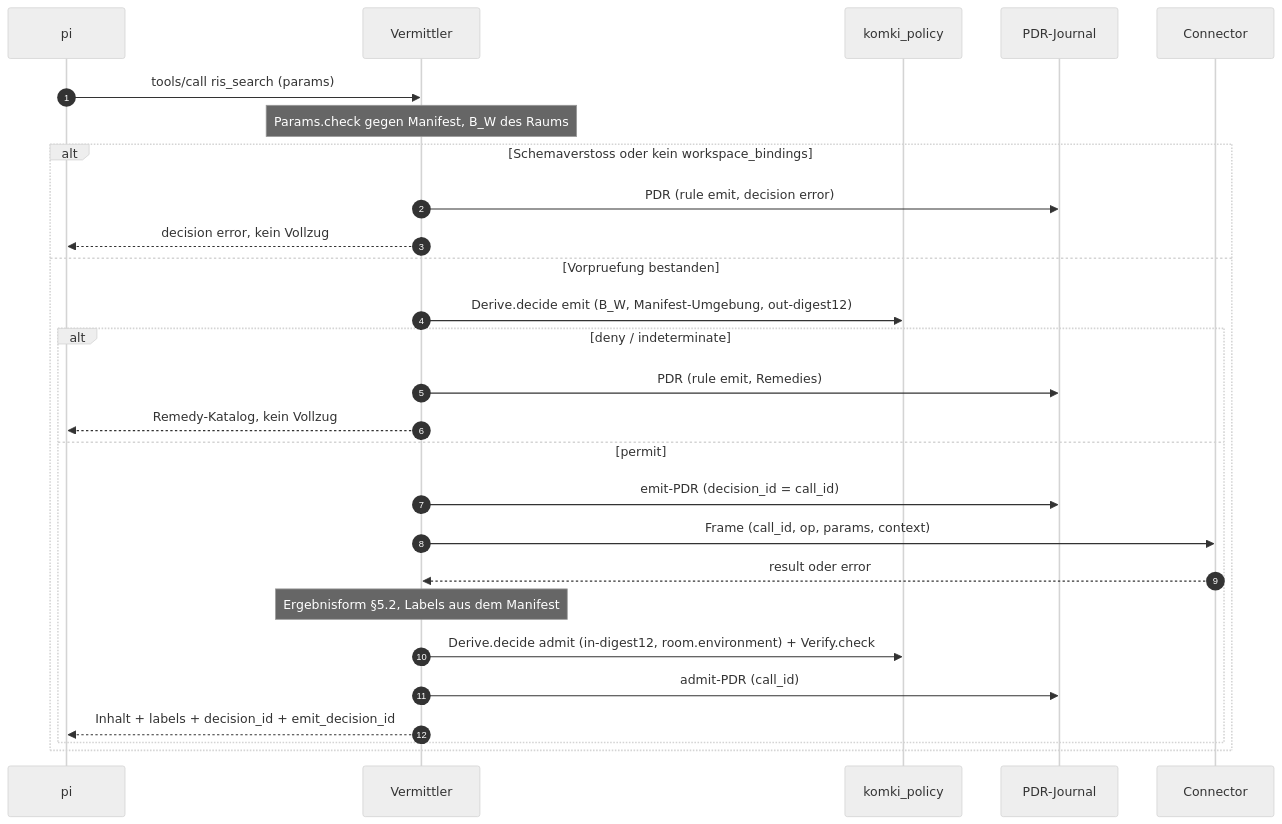
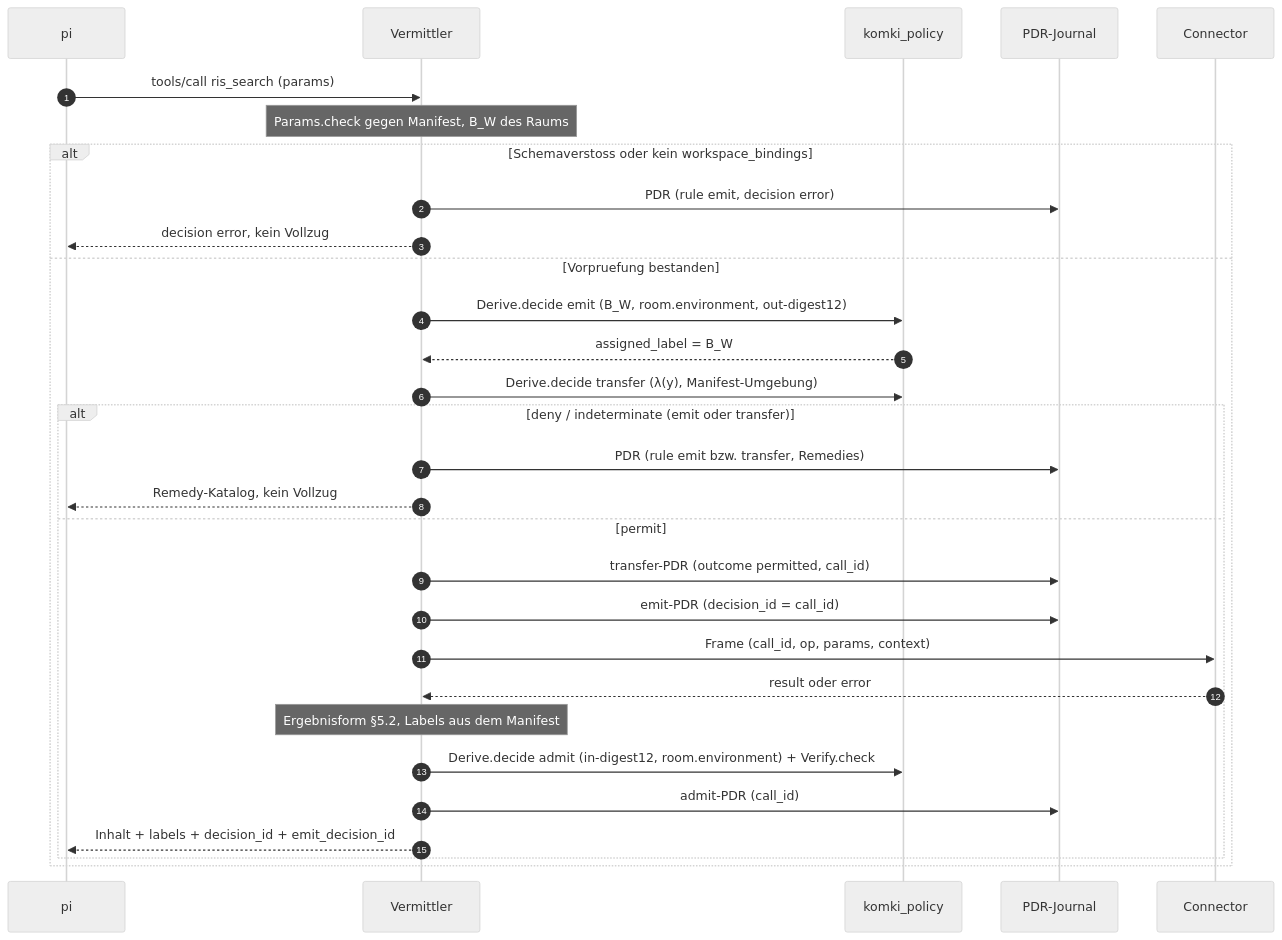
Before and after one commit to croesnick/kommunalpolitik_ki: the third of 3 diagrams in apps/komki_mediator/README.md, drawn with Mermaid (neutral theme). The commit also changed other lines of this file and 16 other files, not shown here.

Commit message:
Vermittler: Erzeugen und Übergabe getrennt — emit im Raum, transfer an den Connector, drei PDR mit einer call_id; Γ-Vorlage mit transfer-Regeln, Doku nachgezogen (Ticket #298)

````diff
--- a/apps/komki_mediator/README.md
+++ b/apps/komki_mediator/README.md
@@ -151,30 +152,33 @@
 ```mermaid
 sequenceDiagram
     autonumber
     participant P as pi
     participant M as Vermittler
     participant K as komki_policy
     participant J as PDR-Journal
     participant C as Connector
 
     P->>M: tools/call ris_search (params)
     Note over M: Params.check gegen Manifest, B_W des Raums
     alt Schemaverstoss oder kein workspace_bindings
         M->>J: PDR (rule emit, decision error)
         M-->>P: decision error, kein Vollzug
     else Vorpruefung bestanden
-        M->>K: Derive.decide emit (B_W, Manifest-Umgebung, out-digest12)
-        alt deny / indeterminate
-            M->>J: PDR (rule emit, Remedies)
+        M->>K: Derive.decide emit (B_W, room.environment, out-digest12)
+        K-->>M: assigned_label = B_W
+        M->>K: Derive.decide transfer (λ(y), Manifest-Umgebung)
+        alt deny / indeterminate (emit oder transfer)
+            M->>J: PDR (rule emit bzw. transfer, Remedies)
             M-->>P: Remedy-Katalog, kein Vollzug
         else permit
+            M->>J: transfer-PDR (outcome permitted, call_id)
             M->>J: emit-PDR (decision_id = call_id)
             M->>C: Frame (call_id, op, params, context)
             C-->>M: result oder error
             Note over M: Ergebnisform §5.2, Labels aus dem Manifest
             M->>K: Derive.decide admit (in-digest12, room.environment) + Verify.check
             M->>J: admit-PDR (call_id)
             M-->>P: Inhalt + labels + decision_id + emit_decision_id
         end
     end
 ```
````
